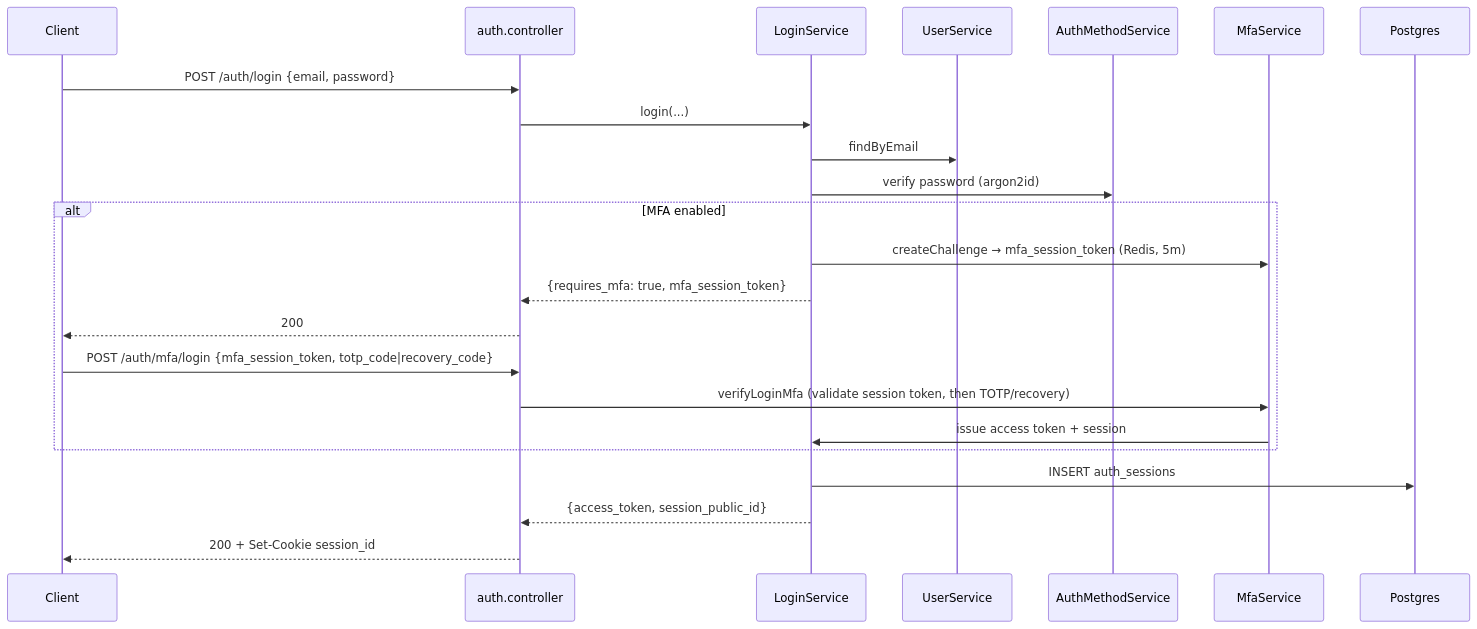
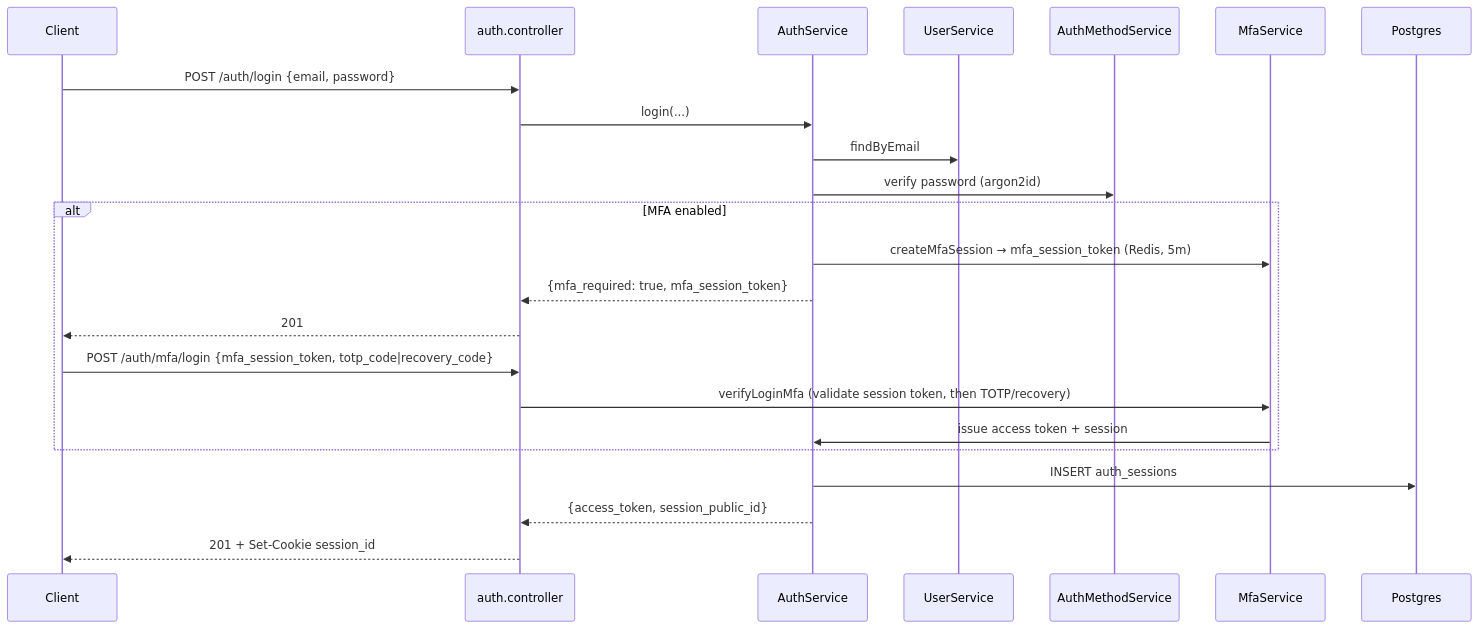
Before and after one commit to nikunjmavani/core-be: the second of 6 diagrams in src/FLOWS.md, drawn with Mermaid. The commit also changed other lines of this file and 10 other files, not shown here.

````diff
--- a/src/FLOWS.md
+++ b/src/FLOWS.md
@@ -83,25 +83,25 @@
 ```mermaid
 sequenceDiagram
   participant Client
   participant Auth as auth.controller
-  participant Login as LoginService
+  participant Login as AuthService
   participant US as UserService
   participant AM as AuthMethodService
   participant MFA as MfaService
   participant DB as Postgres
   Client->>Auth: POST /auth/login {email, password}
   Auth->>Login: login(...)
   Login->>US: findByEmail
   Login->>AM: verify password (argon2id)
   alt MFA enabled
-    Login->>MFA: createChallenge → mfa_session_token (Redis, 5m)
-    Login-->>Auth: {requires_mfa: true, mfa_session_token}
-    Auth-->>Client: 200
+    Login->>MFA: createMfaSession → mfa_session_token (Redis, 5m)
+    Login-->>Auth: {mfa_required: true, mfa_session_token}
+    Auth-->>Client: 201
     Client->>Auth: POST /auth/mfa/login {mfa_session_token, totp_code|recovery_code}
     Auth->>MFA: verifyLoginMfa (validate session token, then TOTP/recovery)
     MFA->>Login: issue access token + session
   end
   Login->>DB: INSERT auth_sessions
   Login-->>Auth: {access_token, session_public_id}
-  Auth-->>Client: 200 + Set-Cookie session_id
+  Auth-->>Client: 201 + Set-Cookie session_id
 ```
````
